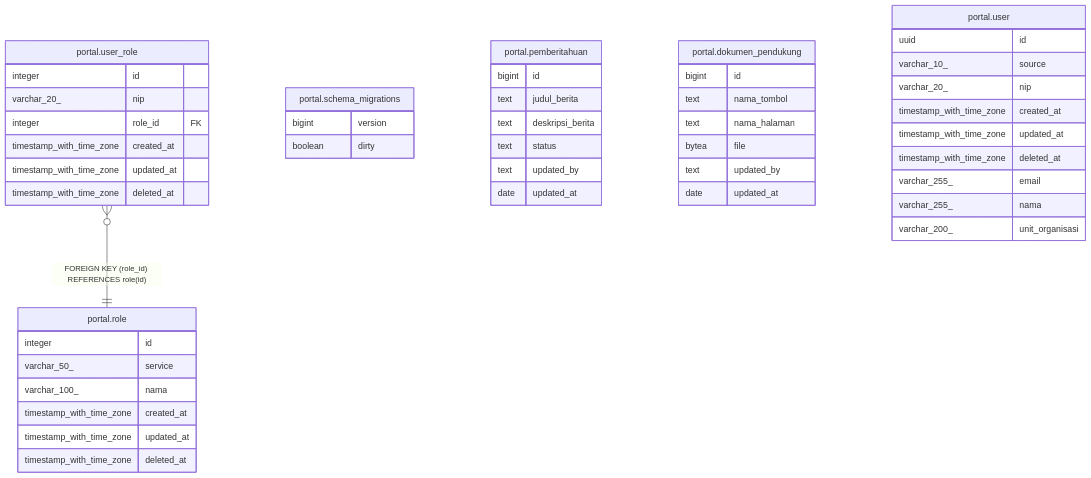
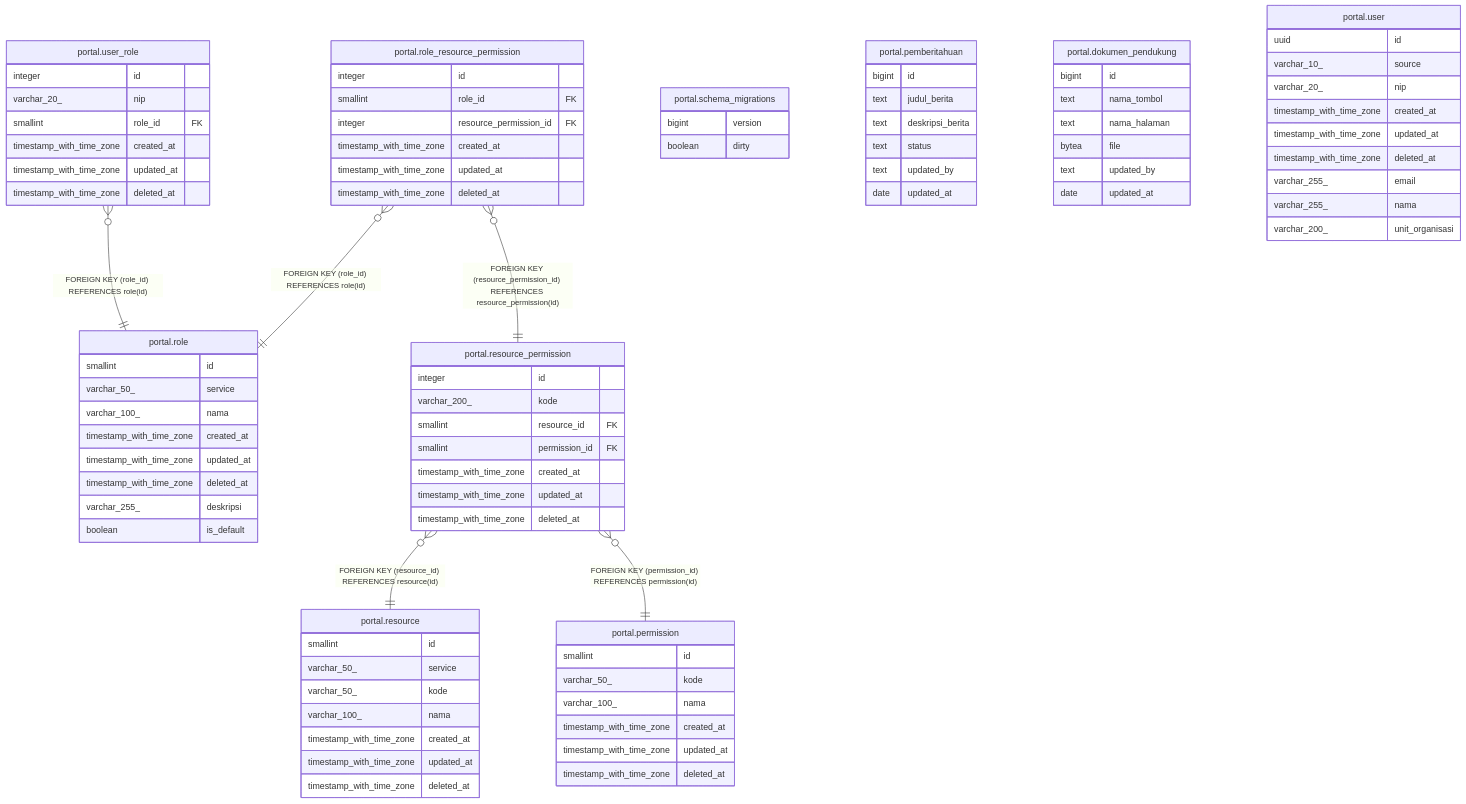
The diagram in services/portal/docs/db/README.md (nandanugg/triforce.nvim), drawn with Mermaid before and after one commit. The commit also changed other lines of this file and 11 other files, not shown here.

Commit message:
Add Portal Migration for Role Mangement

```diff
--- a/services/portal/docs/db/README.md
+++ b/services/portal/docs/db/README.md
@@ -17,6 +29,10 @@
 erDiagram
 
 "portal.user_role" }o--|| "portal.role" : "FOREIGN KEY (role_id) REFERENCES role(id)"
+"portal.resource_permission" }o--|| "portal.resource" : "FOREIGN KEY (resource_id) REFERENCES resource(id)"
+"portal.resource_permission" }o--|| "portal.permission" : "FOREIGN KEY (permission_id) REFERENCES permission(id)"
+"portal.role_resource_permission" }o--|| "portal.role" : "FOREIGN KEY (role_id) REFERENCES role(id)"
+"portal.role_resource_permission" }o--|| "portal.resource_permission" : "FOREIGN KEY (resource_permission_id) REFERENCES resource_permission(id)"
 
 "portal.schema_migrations" {
   bigint version
@@ -50,17 +66,53 @@
   varchar_200_ unit_organisasi
 }
 "portal.role" {
-  integer id
+  smallint id
   varchar_50_ service
   varchar_100_ nama
   timestamp_with_time_zone created_at
   timestamp_with_time_zone updated_at
   timestamp_with_time_zone deleted_at
+  varchar_255_ deskripsi
+  boolean is_default
 }
 "portal.user_role" {
   integer id
   varchar_20_ nip
-  integer role_id FK
+  smallint role_id FK
+  timestamp_with_time_zone created_at
+  timestamp_with_time_zone updated_at
+  timestamp_with_time_zone deleted_at
+}
+"portal.resource" {
+  smallint id
+  varchar_50_ service
+  varchar_50_ kode
+  varchar_100_ nama
+  timestamp_with_time_zone created_at
+  timestamp_with_time_zone updated_at
+  timestamp_with_time_zone deleted_at
+}
+"portal.permission" {
+  smallint id
+  varchar_50_ kode
+  varchar_100_ nama
+  timestamp_with_time_zone created_at
+  timestamp_with_time_zone updated_at
+  timestamp_with_time_zone deleted_at
+}
+"portal.resource_permission" {
+  integer id
+  varchar_200_ kode
+  smallint resource_id FK
+  smallint permission_id FK
+  timestamp_with_time_zone created_at
+  timestamp_with_time_zone updated_at
+  timestamp_with_time_zone deleted_at
+}
+"portal.role_resource_permission" {
+  integer id
+  smallint role_id FK
+  integer resource_permission_id FK
   timestamp_with_time_zone created_at
   timestamp_with_time_zone updated_at
   timestamp_with_time_zone deleted_at
```
